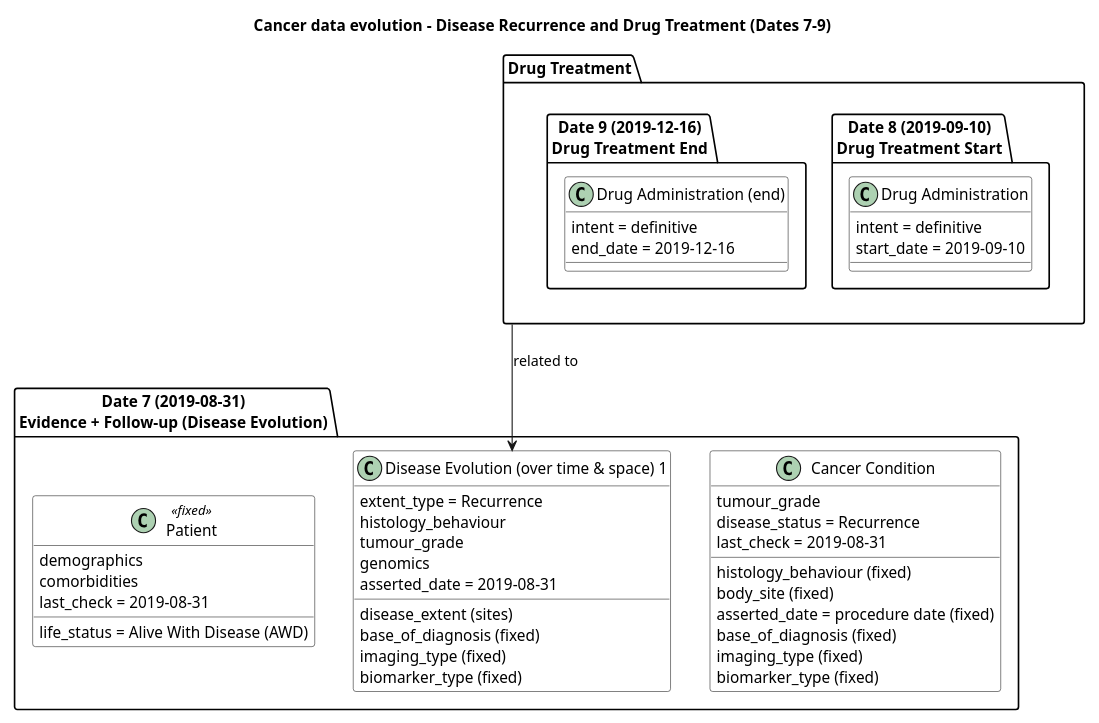
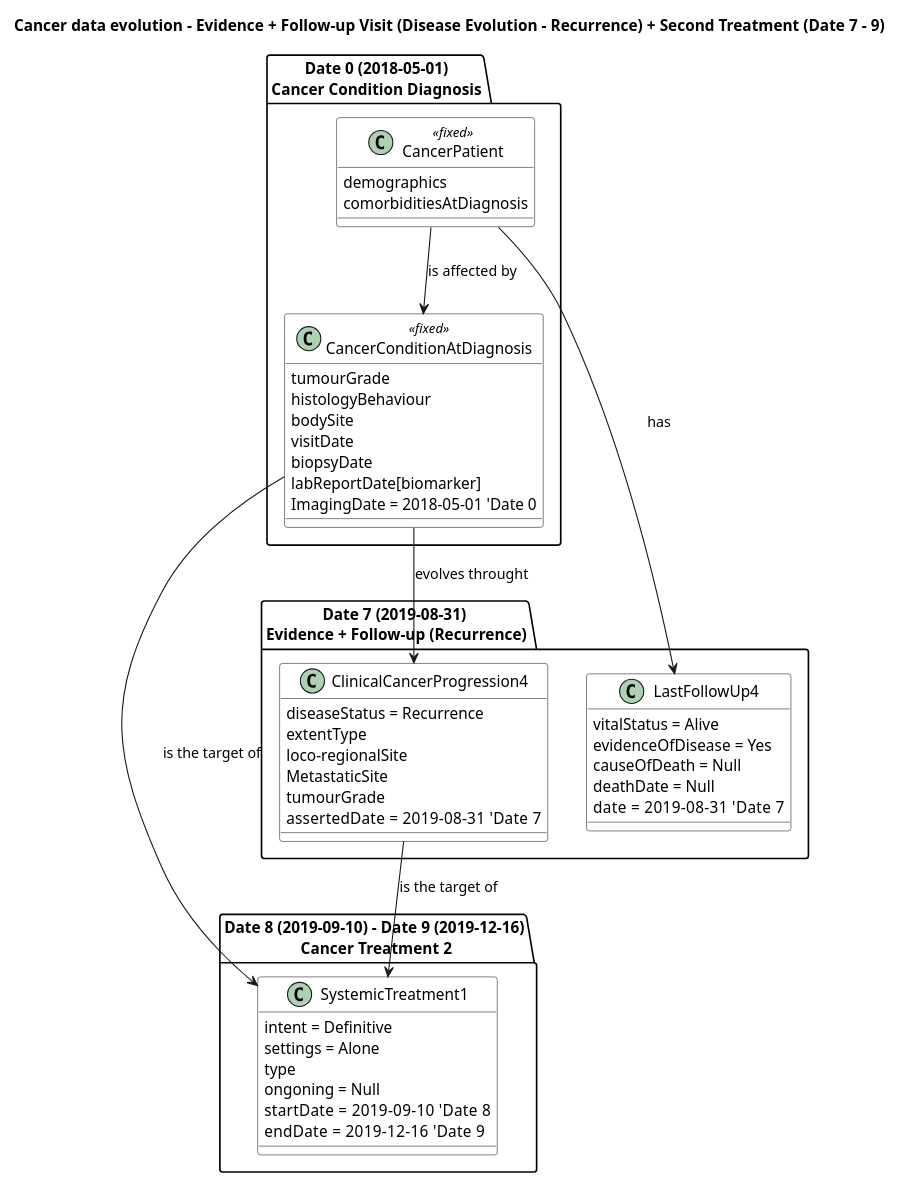
Before and after one commit to hl7-eu/cancer-common: the diagram in input/images-source/CancerDataEvolution4.plantuml, drawn with PlantUML. The commit also changed 6 other files, not shown here.

First line of the commit message:
Data Evolution Images Update

```diff
--- a/input/images-source/CancerDataEvolution4.plantuml
+++ b/input/images-source/CancerDataEvolution4.plantuml
@@ -1,81 +1,142 @@
 @startuml
-title Cancer data evolution – Disease Recurrence and Drug Treatment (Dates 7–9)
+title Cancer data evolution – Evidence + Follow-up Visit (Disease Evolution - Recurrence) + Second Treatment (Date 7 - 9)
 
 skinparam class {
   BackgroundColor White
 }
 scale 0.8
 
-' ===========================================
-' DATE 7 – 2019-08-31 (Disease Evolution + Follow-up)
+package "Date 0 (2018-05-01)\nCancer Condition Diagnosis" {
+  class CancerPatient <<fixed>> {
+    demographics
+    comorbiditiesAtDiagnosis
+  }
+  
+  class CancerConditionAtDiagnosis <<fixed>> {
+    tumourGrade
+    histologyBehaviour
+    bodySite
+    visitDate 
+    biopsyDate 
+    labReportDate[biomarker] 
+    ImagingDate = 2018-05-01 'Date 0
+  }
+ 
+}
+
+' Links inside Date 0
+CancerPatient --> CancerConditionAtDiagnosis : is affected by
+
+ package "Date 7 (2019-08-31) \nEvidence + Follow-up (Recurrence)" {
+    
+    class LastFollowUp4 {
+     vitalStatus = Alive
+     evidenceOfDisease = Yes
+     causeOfDeath = Null
+     deathDate = Null
+     date = 2019-08-31   'Date 7
+  }
+
+    class ClinicalCancerProgression4 {
+      diseaseStatus = Recurrence
+      extentType 
+      loco-regionalSite 
+      MetastaticSite 
+      tumourGrade
+      assertedDate = 2019-08-31   'Date 7
+    }
+
+ }
+
+CancerPatient --> LastFollowUp4 : has
+CancerConditionAtDiagnosis --> ClinicalCancerProgression4 : evolves throught
+
+
+package "Date 8 (2019-09-10) - Date 9 (2019-12-16)\n Cancer Treatment 2" {
+    
+    class SystemicTreatment1 {
+      intent = Definitive
+      settings = Alone
+      type
+      ongoning = Null
+      startDate = 2019-09-10   'Date 8
+      endDate = 2019-12-16   'Date 9
+    }
+
+ }
+
+CancerConditionAtDiagnosis --> SystemicTreatment1 : is the target of
+ClinicalCancerProgression4 --> SystemicTreatment1 : is the target of
+/' ' ===========================================
+'Date 7 – 2019-08-31 (Disease Evolution + Follow-up)
 ' ===========================================
 package date7 as "Date 7 (2019-08-31)\nEvidence + Follow-up (Disease Evolution)" {
 
   class CancerCondition_D7 as "Cancer Condition" {
     histology_behaviour (fixed)
     body_site (fixed)
     tumour_grade
     asserted_date = procedure date (fixed)
     base_of_diagnosis (fixed)
     imaging_type (fixed)
     biomarker_type (fixed)
     disease_status = Recurrence
     last_check = 2019-08-31
   }
 
   class DiseaseEvolution1 as "Disease Evolution (over time & space) 1" {
     extent_type = Recurrence
     disease_extent (sites)
     histology_behaviour
     tumour_grade
     base_of_diagnosis (fixed)
     imaging_type (fixed)
     biomarker_type (fixed)
     genomics
     asserted_date = 2019-08-31
   }
 
   class Patient_D7 as "Patient" <<fixed>> {
     demographics
     comorbidities
     life_status = Alive With Disease (AWD)
     last_check = 2019-08-31
   }
 }
 
 ' Relationships at Date 7
 ' DiseaseEvolution1 --> CancerCondition_D7 : target
 ' DiseaseEvolution1 --> Patient_D7 : affects
 
 package drugTreatment as "Drug Treatment" {
 
 ' ===========================================
-' DATE 8 – 2019-09-10 (Drug treatment start)
+'Date 8 – 2019-09-10 (Drug treatment start)
 ' ===========================================
 package date8 as "Date 8 (2019-09-10)\nDrug Treatment Start" {
   class DrugAdministration_Start as "Drug Administration" {
     intent = definitive
     start_date = 2019-09-10
   }
 }
 
 ' ===========================================
-' DATE 9 – 2019-12-16 (Drug treatment end)
+'Date 9 – 2019-12-16 (Drug treatment end)
 ' ===========================================
 package date9 as "Date 9 (2019-12-16)\nDrug Treatment End" {
   class DrugAdministration_End as "Drug Administration (end)" {
     intent = definitive
     end_date = 2019-12-16
   }
 }
 
 }
 
-' date7 -[hidden]-> drugTreatment
+'Date7 -[hidden]-> drugTreatment
 
 
 ' Treatment is based on the recurrence and patient status
 drugTreatment --> DiseaseEvolution1 : related to
 
-
+ '/
 @enduml
```
